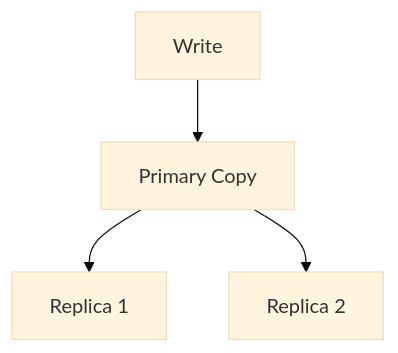
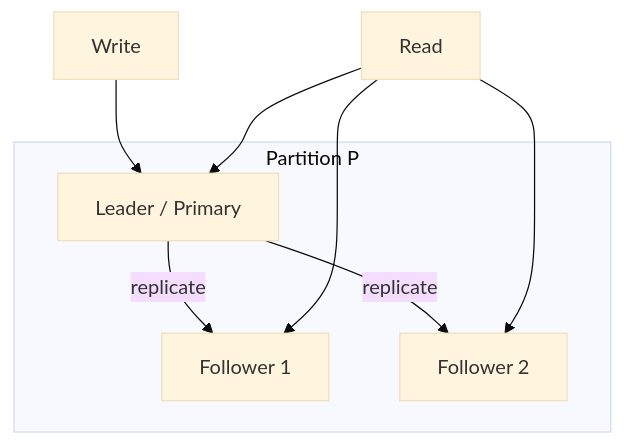
Diagram 13 of 36 in 05-distributed-databases/README.md (hareramcse/SystemDesign), drawn with Mermaid (base theme) before and after one commit. The commit also changed other lines of this file and 14 other files, not shown here.

````diff
--- a/05-distributed-databases/README.md
+++ b/05-distributed-databases/README.md
@@ -671,6 +828,14 @@
 ```mermaid
 flowchart TB
-    Write[Write] --> Primary[Primary Copy]
-    Primary --> R1[Replica 1]
-    Primary --> R2[Replica 2]
+    subgraph Partition P
+        L[Leader / Primary]
+        F1[Follower 1]
+        F2[Follower 2]
+    end
+    Write[Write] --> L
+    L -->|replicate| F1
+    L -->|replicate| F2
+    Read[Read] --> L
+    Read --> F1
+    Read --> F2
 ```
````
